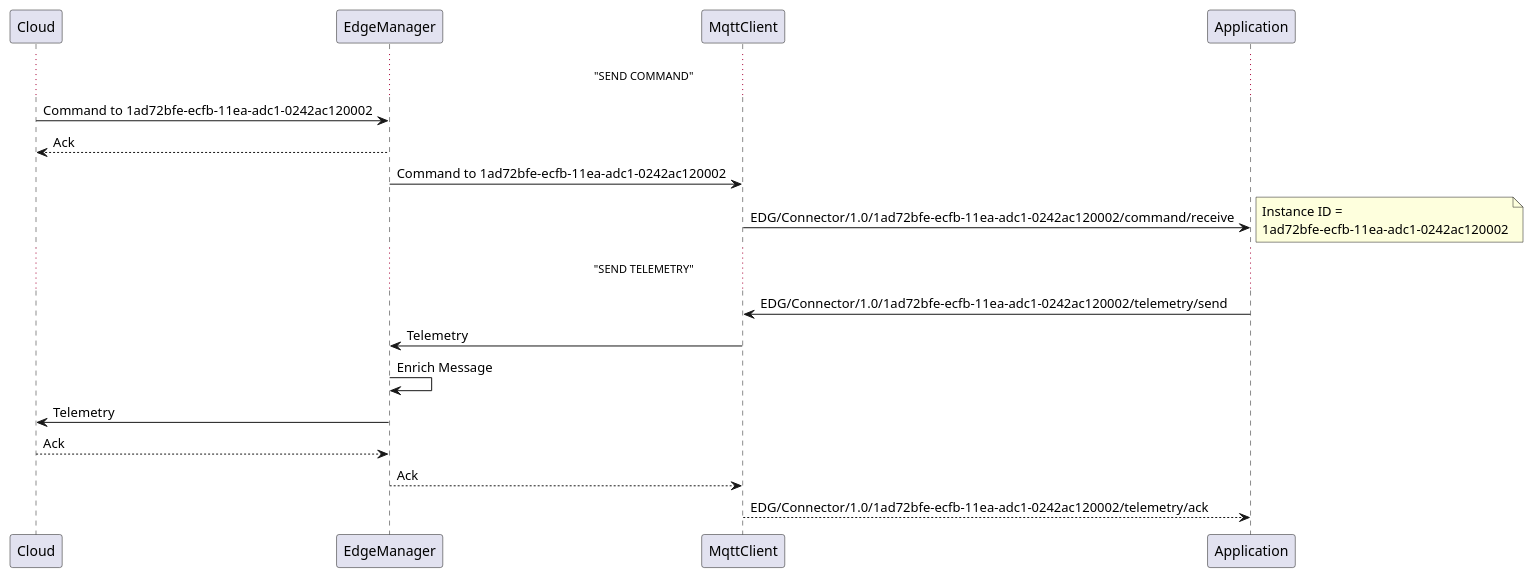
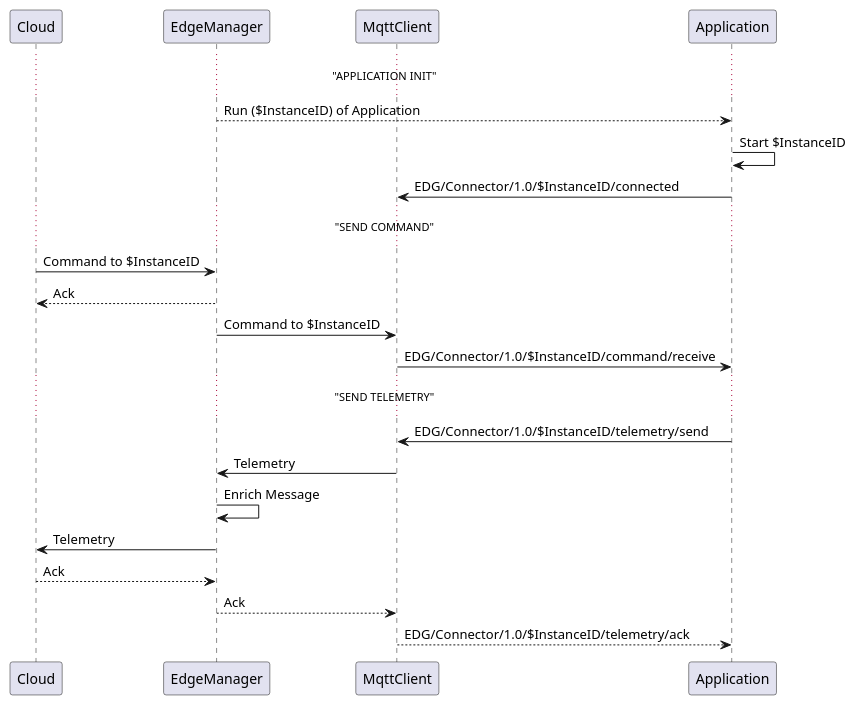
Before and after one commit to se-edge/framework-diagrams: the diagram in EdgeManager/InternalCommandRouting.puml, drawn with PlantUML.

```diff
--- a/EdgeManager/InternalCommandRouting.puml
+++ b/EdgeManager/InternalCommandRouting.puml
@@ -1,23 +1,28 @@
 @startuml
 
+participant Cloud order 10
+participant EdgeManager order 20
+participant MqttClient order 30
+participant Application order 40
+
+... "APPLICATION INIT" ...
+EdgeManager --> Application: Run ($InstanceID) of Application
+Application -> Application: Start $InstanceID
+Application -> MqttClient: EDG/Connector/1.0/$InstanceID/connected
+
 ... "SEND COMMAND" ...
-Cloud -> EdgeManager: Command to 1ad72bfe-ecfb-11ea-adc1-0242ac120002
+Cloud -> EdgeManager: Command to $InstanceID
 Cloud <-- EdgeManager: Ack
-EdgeManager -> MqttClient: Command to 1ad72bfe-ecfb-11ea-adc1-0242ac120002
-MqttClient -> Application: EDG/Connector/1.0/1ad72bfe-ecfb-11ea-adc1-0242ac120002/command/receive
+EdgeManager -> MqttClient: Command to $InstanceID
+MqttClient -> Application: EDG/Connector/1.0/$InstanceID/command/receive
+
 ... "SEND TELEMETRY" ...
-
-note right
-Instance ID =
-1ad72bfe-ecfb-11ea-adc1-0242ac120002
-end note
-
-MqttClient <- Application: EDG/Connector/1.0/1ad72bfe-ecfb-11ea-adc1-0242ac120002/telemetry/send
+MqttClient <- Application: EDG/Connector/1.0/$InstanceID/telemetry/send
 MqttClient -> EdgeManager: Telemetry
 EdgeManager -> EdgeManager: Enrich Message
 EdgeManager -> Cloud: Telemetry
 Cloud --> EdgeManager: Ack
 EdgeManager --> MqttClient: Ack
-Application <-- MqttClient: EDG/Connector/1.0/1ad72bfe-ecfb-11ea-adc1-0242ac120002/telemetry/ack
+Application <-- MqttClient: EDG/Connector/1.0/$InstanceID/telemetry/ack
 
 @enduml
```
